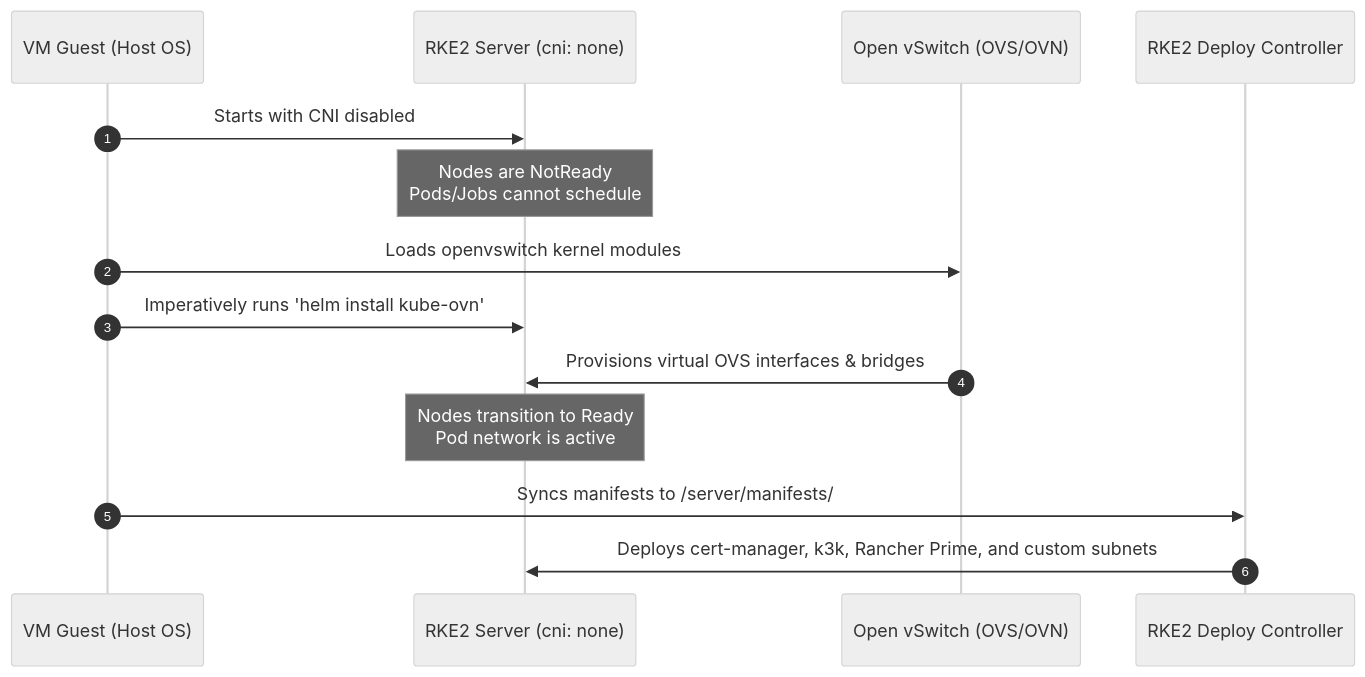
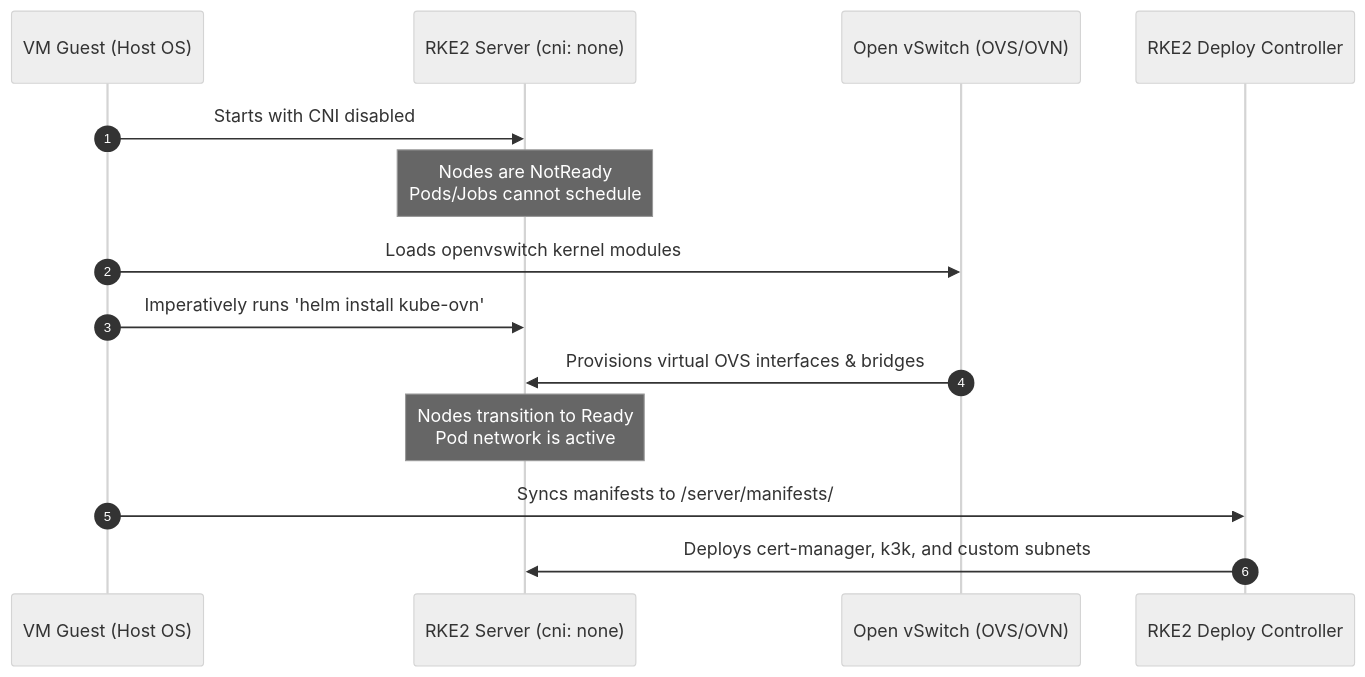
The diagram in README.md (coulof/k3k-kube-ovn), drawn with Mermaid (neutral theme) before and after one commit. The commit also changed other lines of this file and 3 other files, not shown here.

Commit message:
chore: remove Rancher Prime, optimize Lima config, and update documentation

````diff
--- a/README.md
+++ b/README.md
@@ -38,17 +38,17 @@
 ```mermaid
 sequenceDiagram
     autonumber
     participant Guest as VM Guest (Host OS)
     participant RKE2 as RKE2 Server (cni: none)
     participant OVS as Open vSwitch (OVS/OVN)
     participant Deploy as RKE2 Deploy Controller
 
     Guest->>RKE2: Starts with CNI disabled
     Note over RKE2: Nodes are NotReady<br/>Pods/Jobs cannot schedule
     Guest->>OVS: Loads openvswitch kernel modules
     Guest->>RKE2: Imperatively runs 'helm install kube-ovn'
     OVS->>RKE2: Provisions virtual OVS interfaces & bridges
     Note over RKE2: Nodes transition to Ready<br/>Pod network is active
     Guest->>Deploy: Syncs manifests to /server/manifests/
-    Deploy->>RKE2: Deploys cert-manager, k3k, Rancher Prime, and custom subnets
+    Deploy->>RKE2: Deploys cert-manager, k3k, and custom subnets
 ```
````
